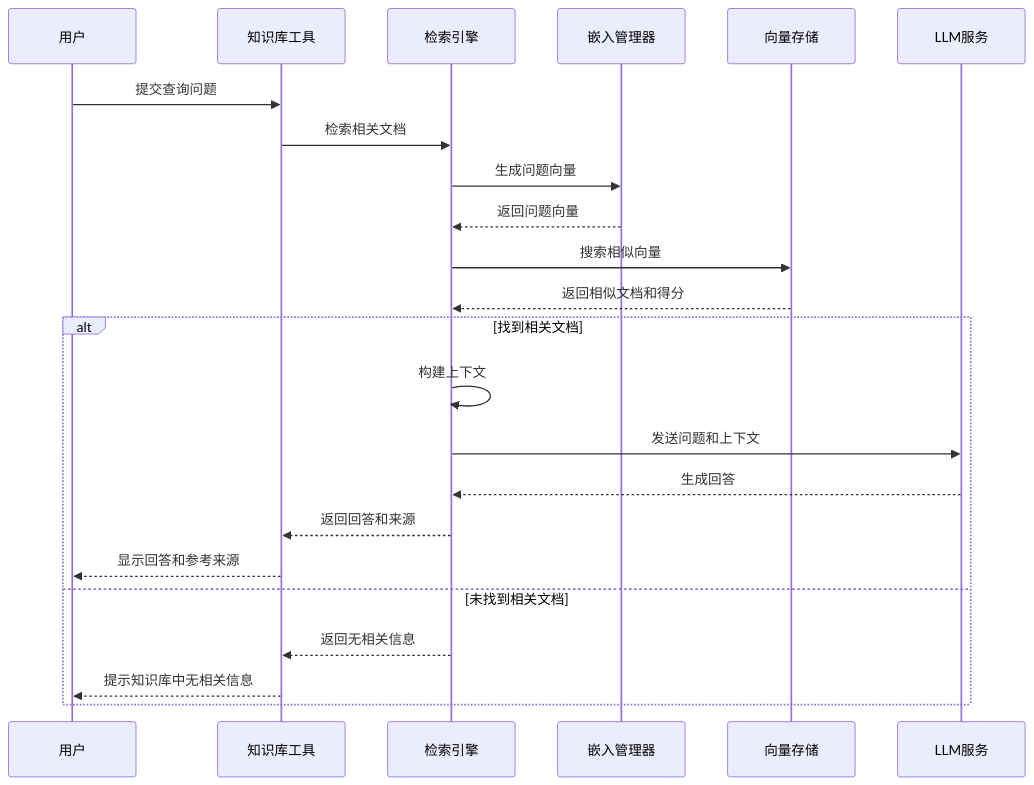
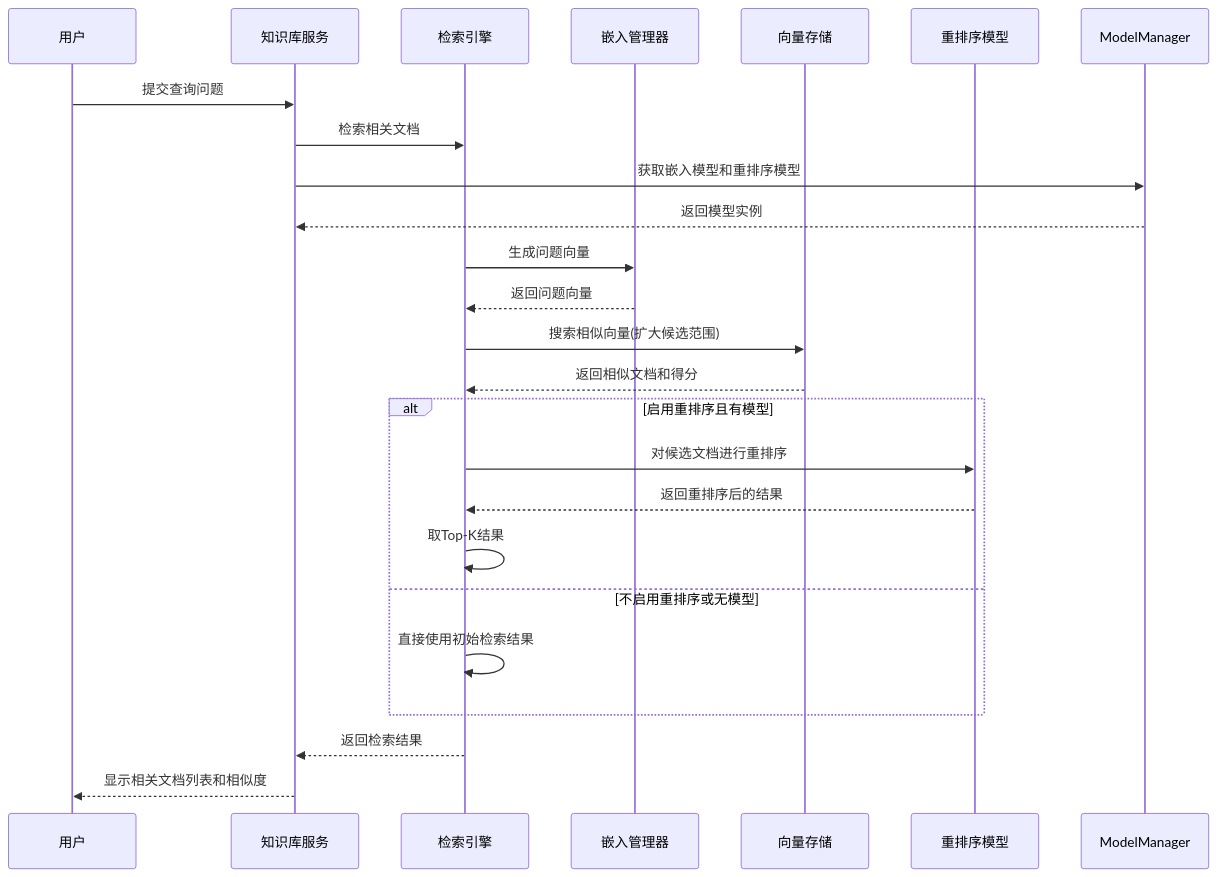
The second of 2 diagrams in docs/知识库系统说明文档.md (eogee/any4any), drawn with Mermaid before and after one commit. The commit also changed other lines of this file and 3 other files, not shown here.

````diff
--- a/docs/知识库系统说明文档.md
+++ b/docs/知识库系统说明文档.md
@@ -61,26 +67,28 @@
 ```mermaid
 sequenceDiagram
     participant User as 用户
-    participant Tool as 知识库工具
+    participant Server as 知识库服务
     participant RE as 检索引擎
     participant EM as 嵌入管理器
     participant VS as 向量存储
-    participant LLM as LLM服务
+    participant Reranker as 重排序模型
+    participant MM as ModelManager
 
-    User->>Tool: 提交查询问题
-    Tool->>RE: 检索相关文档
+    User->>Server: 提交查询问题
+    Server->>RE: 检索相关文档
+    Server->>MM: 获取嵌入模型和重排序模型
+    MM-->>Server: 返回模型实例
     RE->>EM: 生成问题向量
     EM-->>RE: 返回问题向量
-    RE->>VS: 搜索相似向量
+    RE->>VS: 搜索相似向量(扩大候选范围)
     VS-->>RE: 返回相似文档和得分
-    alt 找到相关文档
-        RE->>RE: 构建上下文
-        RE->>LLM: 发送问题和上下文
-        LLM-->>RE: 生成回答
-        RE-->>Tool: 返回回答和来源
-        Tool-->>User: 显示回答和参考来源
-    else 未找到相关文档
-        RE-->>Tool: 返回无相关信息
-        Tool-->>User: 提示知识库中无相关信息
+    alt 启用重排序且有模型
+        RE->>Reranker: 对候选文档进行重排序
+        Reranker-->>RE: 返回重排序后的结果
+        RE->>RE: 取Top-K结果
+    else 不启用重排序或无模型
+        RE->>RE: 直接使用初始检索结果
     end
+    RE-->>Server: 返回检索结果
+    Server-->>User: 显示相关文档列表和相似度
 ```
````
